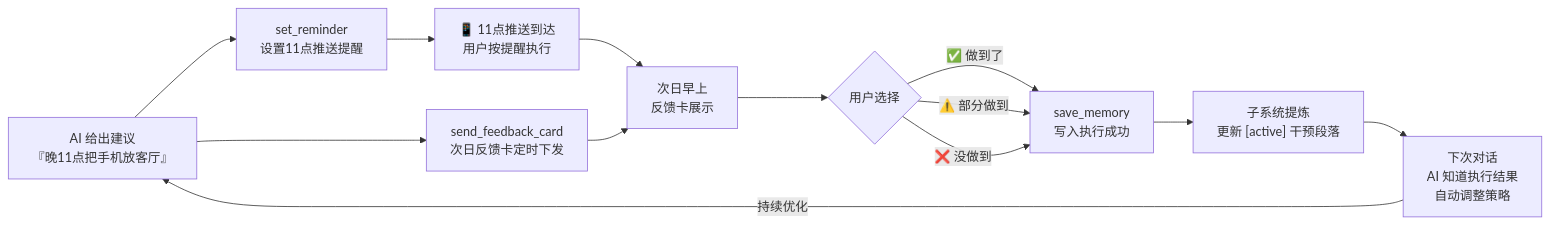
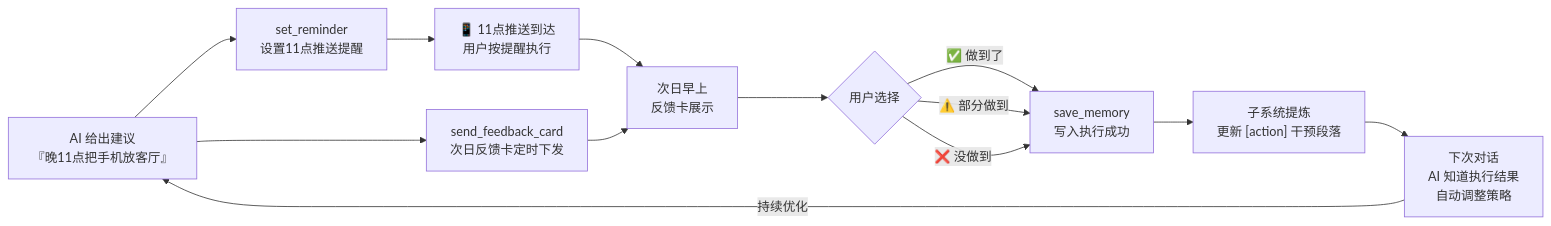
The third of 3 diagrams in isho-agent/README.md (Trendolhxh/test), drawn with Mermaid before and after one commit. The commit also changed other lines of this file and 24 other files, not shown here.

````diff
--- a/isho-agent/README.md
+++ b/isho-agent/README.md
@@ -203,18 +203,18 @@
 ```mermaid
 flowchart LR
     A["AI 给出建议\n『晚11点把手机放客厅』"] --> B["set_reminder\n设置11点推送提醒"]
     A --> C["send_feedback_card\n次日反馈卡定时下发"]
 
     B --> D["📱 11点推送到达\n用户按提醒执行"]
     D --> E["次日早上\n反馈卡展示"]
     C --> E
 
     E --> F{"用户选择"}
     F --> |"✅ 做到了"| G["save_memory\n写入执行成功"]
     F --> |"⚠️ 部分做到"| G
     F --> |"❌ 没做到"| G
 
-    G --> H["子系统提炼\n更新 [active] 干预段落"]
+    G --> H["子系统提炼\n更新 [action] 干预段落"]
     H --> I["下次对话\nAI 知道执行结果\n自动调整策略"]
     I --> |"持续优化"| A
 ```
````
